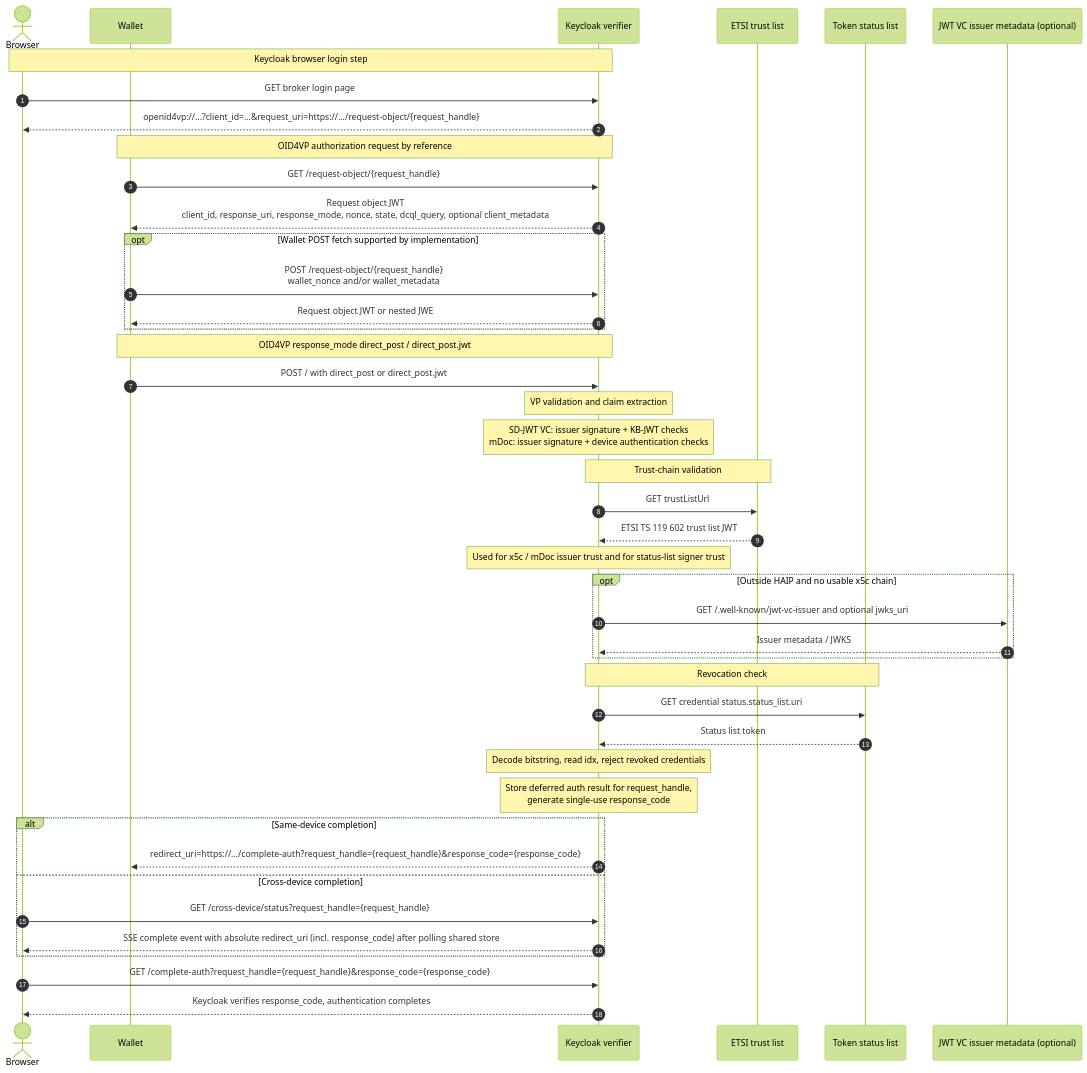
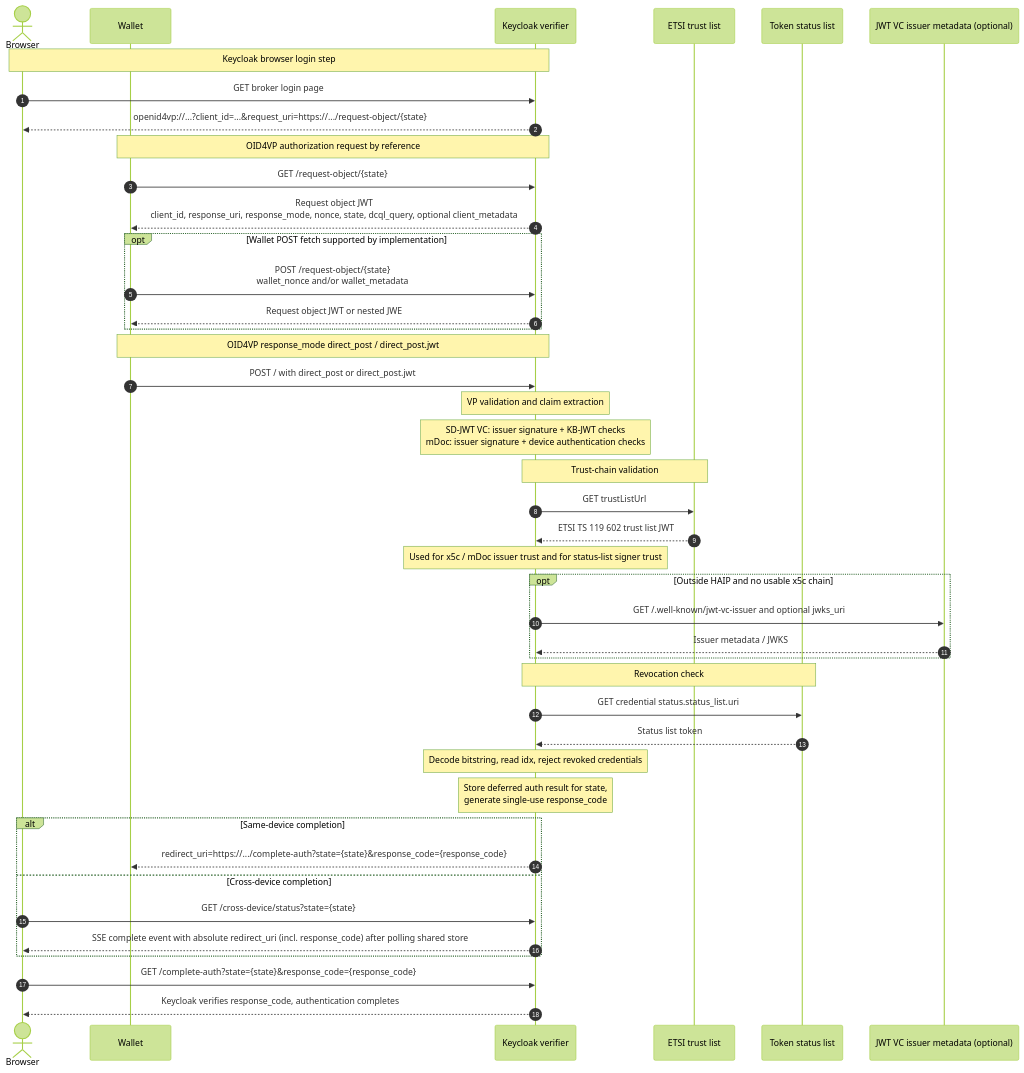
The second of 2 diagrams in docs/diagrams.md (ba-itsys/keycloak-extension-oid4vp), drawn with Mermaid (forest theme) before and after one commit. The commit also changed other lines of this file and 24 other files, not shown here.

Commit message:
fix: simplify flow by removing request_handle und use oid4vp state instead

````diff
--- a/docs/diagrams.md
+++ b/docs/diagrams.md
@@ -51,56 +51,56 @@
 ```mermaid
 sequenceDiagram
     autonumber
     actor Browser
     participant Wallet
     participant Keycloak as Keycloak verifier
     participant TrustList as ETSI trust list
     participant StatusList as Token status list
     participant IssuerMeta as JWT VC issuer metadata (optional)
 
     Note over Browser,Keycloak: Keycloak browser login step
     Browser->>Keycloak: GET broker login page
-    Keycloak-->>Browser: openid4vp://...?client_id=...&request_uri=https://.../request-object/{request_handle}
+    Keycloak-->>Browser: openid4vp://...?client_id=...&request_uri=https://.../request-object/{state}
 
     Note over Wallet,Keycloak: OID4VP authorization request by reference
-    Wallet->>Keycloak: GET /request-object/{request_handle}
+    Wallet->>Keycloak: GET /request-object/{state}
     Keycloak-->>Wallet: Request object JWT<br/>client_id, response_uri, response_mode, nonce, state, dcql_query, optional client_metadata
 
     opt Wallet POST fetch supported by implementation
-        Wallet->>Keycloak: POST /request-object/{request_handle}<br/>wallet_nonce and/or wallet_metadata
+        Wallet->>Keycloak: POST /request-object/{state}<br/>wallet_nonce and/or wallet_metadata
         Keycloak-->>Wallet: Request object JWT or nested JWE
     end
 
     Note over Wallet,Keycloak: OID4VP response_mode direct_post / direct_post.jwt
     Wallet->>Keycloak: POST / with direct_post or direct_post.jwt
 
     Note over Keycloak: VP validation and claim extraction
     Note over Keycloak: SD-JWT VC: issuer signature + KB-JWT checks<br/>mDoc: issuer signature + device authentication checks
 
     Note over Keycloak,TrustList: Trust-chain validation
     Keycloak->>TrustList: GET trustListUrl
     TrustList-->>Keycloak: ETSI TS 119 602 trust list JWT
     Note over Keycloak: Used for x5c / mDoc issuer trust and for status-list signer trust
 
     opt Outside HAIP and no usable x5c chain
         Keycloak->>IssuerMeta: GET /.well-known/jwt-vc-issuer and optional jwks_uri
         IssuerMeta-->>Keycloak: Issuer metadata / JWKS
     end
 
     Note over Keycloak,StatusList: Revocation check
     Keycloak->>StatusList: GET credential status.status_list.uri
     StatusList-->>Keycloak: Status list token
     Note over Keycloak: Decode bitstring, read idx, reject revoked credentials
 
-    Note over Keycloak: Store deferred auth result for request_handle,<br/>generate single-use response_code
+    Note over Keycloak: Store deferred auth result for state,<br/>generate single-use response_code
 
     alt Same-device completion
-        Keycloak-->>Wallet: redirect_uri=https://.../complete-auth?request_handle={request_handle}&response_code={response_code}
+        Keycloak-->>Wallet: redirect_uri=https://.../complete-auth?state={state}&response_code={response_code}
     else Cross-device completion
-        Browser->>Keycloak: GET /cross-device/status?request_handle={request_handle}
+        Browser->>Keycloak: GET /cross-device/status?state={state}
         Keycloak-->>Browser: SSE complete event with absolute redirect_uri (incl. response_code) after polling shared store
     end
 
-    Browser->>Keycloak: GET /complete-auth?request_handle={request_handle}&response_code={response_code}
+    Browser->>Keycloak: GET /complete-auth?state={state}&response_code={response_code}
     Keycloak-->>Browser: Keycloak verifies response_code, authentication completes
 ```
````
